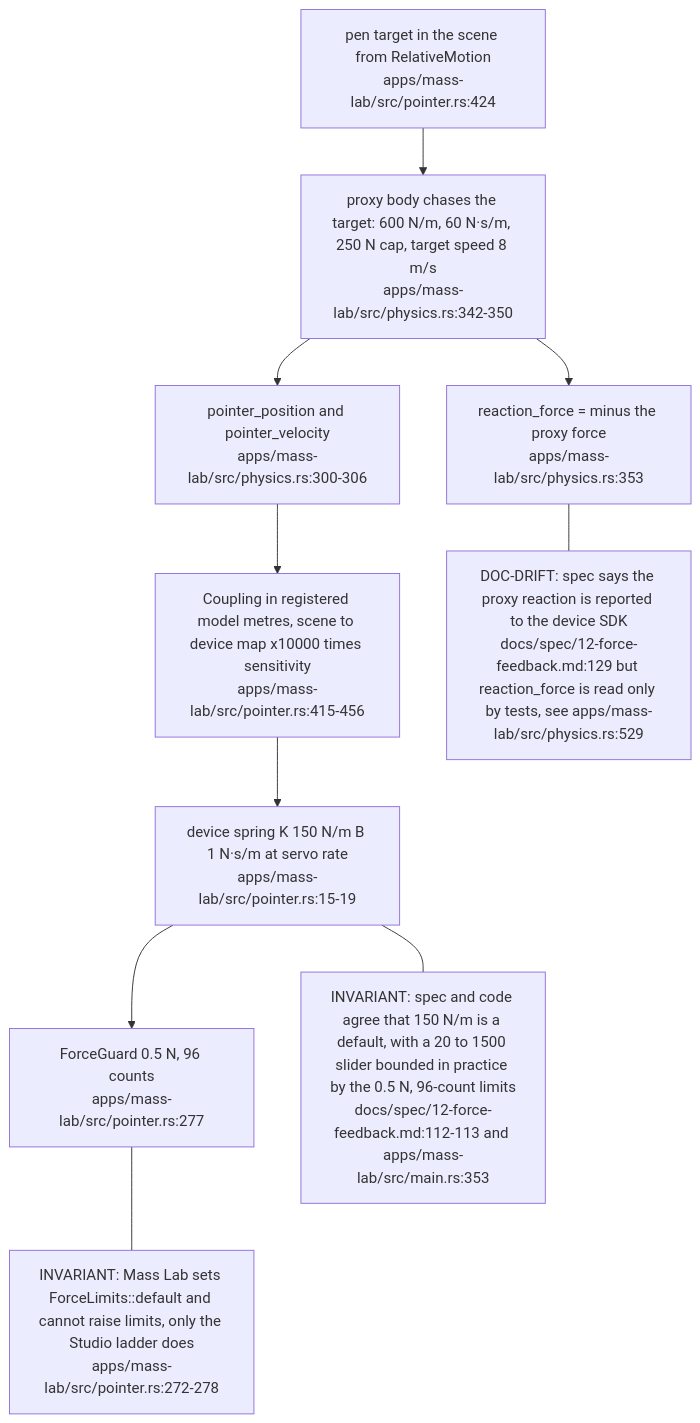
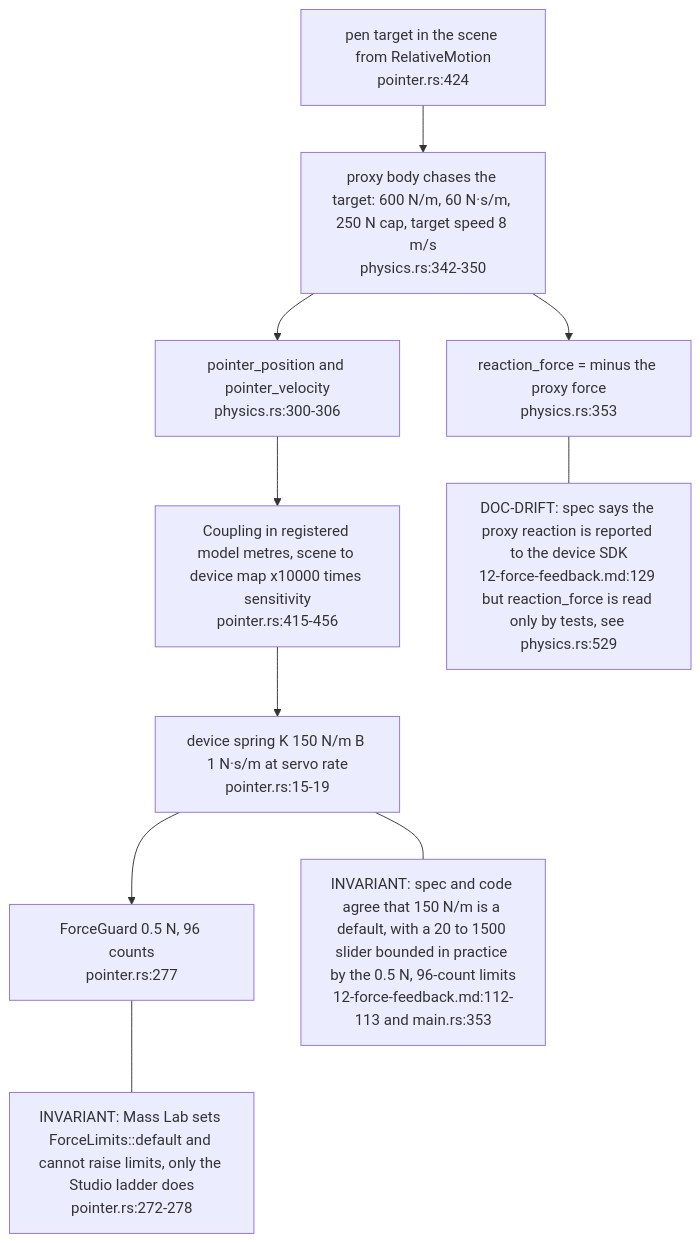
The fourth of 5 diagrams in docs/diagrams/visiontouch-rs/04-mass-lab-servo-rate-coupling.md (DreamLab-AI/VisionFlow), drawn with Mermaid before and after one commit. The commit also changed other lines of this file and 27 other files, not shown here.

````diff
--- a/docs/diagrams/visiontouch-rs/04-mass-lab-servo-rate-coupling.md
+++ b/docs/diagrams/visiontouch-rs/04-mass-lab-servo-rate-coupling.md
@@ -114,22 +117,22 @@
 ```mermaid
 flowchart TB
-    TGT["pen target in the scene from RelativeMotion<br/>apps/mass-lab/src/pointer.rs:424"]
-    PX["proxy body chases the target: 600 N/m, 60 N·s/m, 250 N cap, target speed 8 m/s<br/>apps/mass-lab/src/physics.rs:342-350"]
-    POS["pointer_position and pointer_velocity<br/>apps/mass-lab/src/physics.rs:300-306"]
-    DESC["Coupling in registered model metres, scene to device map x10000 times sensitivity<br/>apps/mass-lab/src/pointer.rs:415-456"]
-    SPR["device spring K 150 N/m B 1 N·s/m at servo rate<br/>apps/mass-lab/src/pointer.rs:15-19"]
-    GUARD["ForceGuard 0.5 N, 96 counts<br/>apps/mass-lab/src/pointer.rs:277"]
-    REAC["reaction_force = minus the proxy force<br/>apps/mass-lab/src/physics.rs:353"]
+    TGT["pen target in the scene from RelativeMotion<br/>pointer.rs:424"]
+    PX["proxy body chases the target: 600 N/m, 60 N·s/m, 250 N cap, target speed 8 m/s<br/>physics.rs:342-350"]
+    POS["pointer_position and pointer_velocity<br/>physics.rs:300-306"]
+    DESC["Coupling in registered model metres, scene to device map x10000 times sensitivity<br/>pointer.rs:415-456"]
+    SPR["device spring K 150 N/m B 1 N·s/m at servo rate<br/>pointer.rs:15-19"]
+    GUARD["ForceGuard 0.5 N, 96 counts<br/>pointer.rs:277"]
+    REAC["reaction_force = minus the proxy force<br/>physics.rs:353"]
     TGT --> PX
     PX --> POS
     POS --> DESC
     DESC --> SPR
     SPR --> GUARD
     PX --> REAC
-    N1["DOC-DRIFT: spec says the proxy reaction is reported to the device SDK<br/>docs/spec/12-force-feedback.md:129 but reaction_force is read only by tests, see apps/mass-lab/src/physics.rs:529"]
-    N2["INVARIANT: spec and code agree that 150 N/m is a default, with a 20 to 1500 slider bounded in practice by the 0.5 N, 96-count limits<br/>docs/spec/12-force-feedback.md:112-113 and apps/mass-lab/src/main.rs:353"]
-    N3["INVARIANT: Mass Lab sets ForceLimits::default and cannot raise limits, only the Studio ladder does<br/>apps/mass-lab/src/pointer.rs:272-278"]
+    N1["DOC-DRIFT: spec says the proxy reaction is reported to the device SDK<br/>12-force-feedback.md:129 but reaction_force is read only by tests, see physics.rs:529"]
+    N2["INVARIANT: spec and code agree that 150 N/m is a default, with a 20 to 1500 slider bounded in practice by the 0.5 N, 96-count limits<br/>12-force-feedback.md:112-113 and main.rs:353"]
+    N3["INVARIANT: Mass Lab sets ForceLimits::default and cannot raise limits, only the Studio ladder does<br/>pointer.rs:272-278"]
     REAC --- N1
     SPR --- N2
     GUARD --- N3
 ```
````
